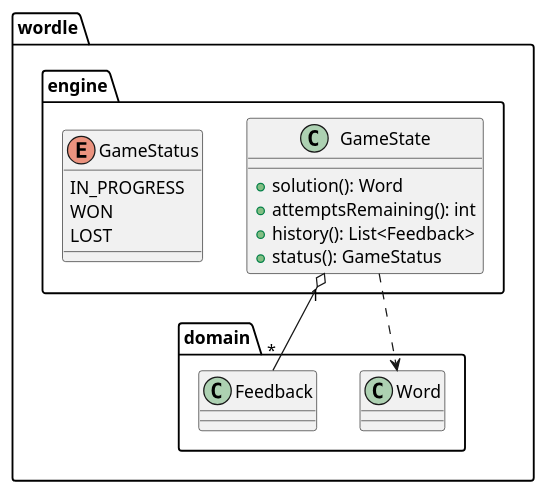
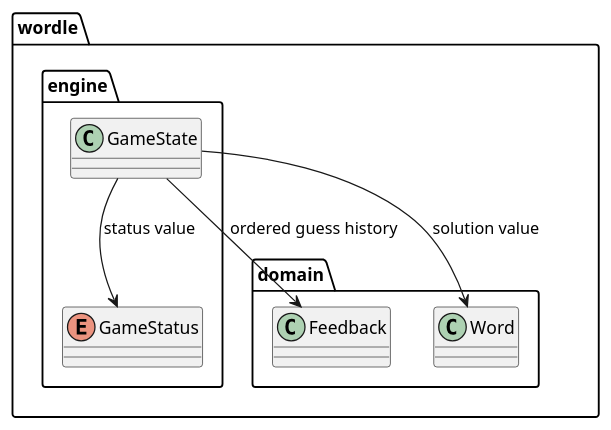
Before and after one commit to dpolivaev/spec-loop: the second of 3 diagrams in examples/wordle/tasks/done/004-build-game-engine.md, drawn with PlantUML. The commit also changed other lines of this file and 7 other files, not shown here.

````diff
--- a/examples/wordle/tasks/done/004-build-game-engine.md
+++ b/examples/wordle/tasks/done/004-build-game-engine.md
@@ -33,26 +74,19 @@
 ```plantuml
 @startuml
-package wordle.domain {
-  class Word
-  class Feedback
-}
-
-package wordle.engine {
-  class GameState {
-    + solution(): Word
-    + attemptsRemaining(): int
-    + history(): List<Feedback>
-    + status(): GameStatus
+set separator none
+package "wordle" {
+  package "engine" {
+    class GameState
+    enum GameStatus
   }
-
-  enum GameStatus {
-    IN_PROGRESS
-    WON
-    LOST
+  package "domain" {
+    class Feedback
+    class Word
   }
 }
 
-GameState "1" o-- "*" Feedback
-GameState ..> Word
+GameState --> Word : solution value
+GameState --> Feedback : ordered guess history
+GameState --> GameStatus : status value
 @enduml
 ```
````
